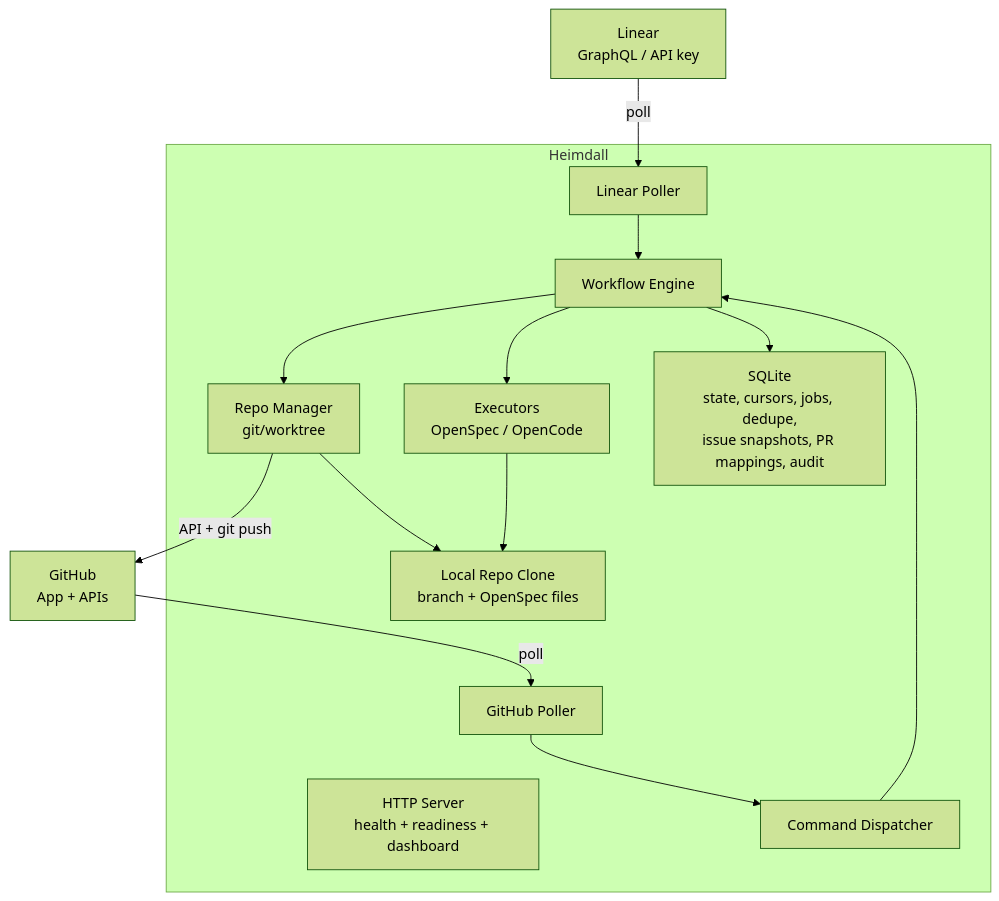
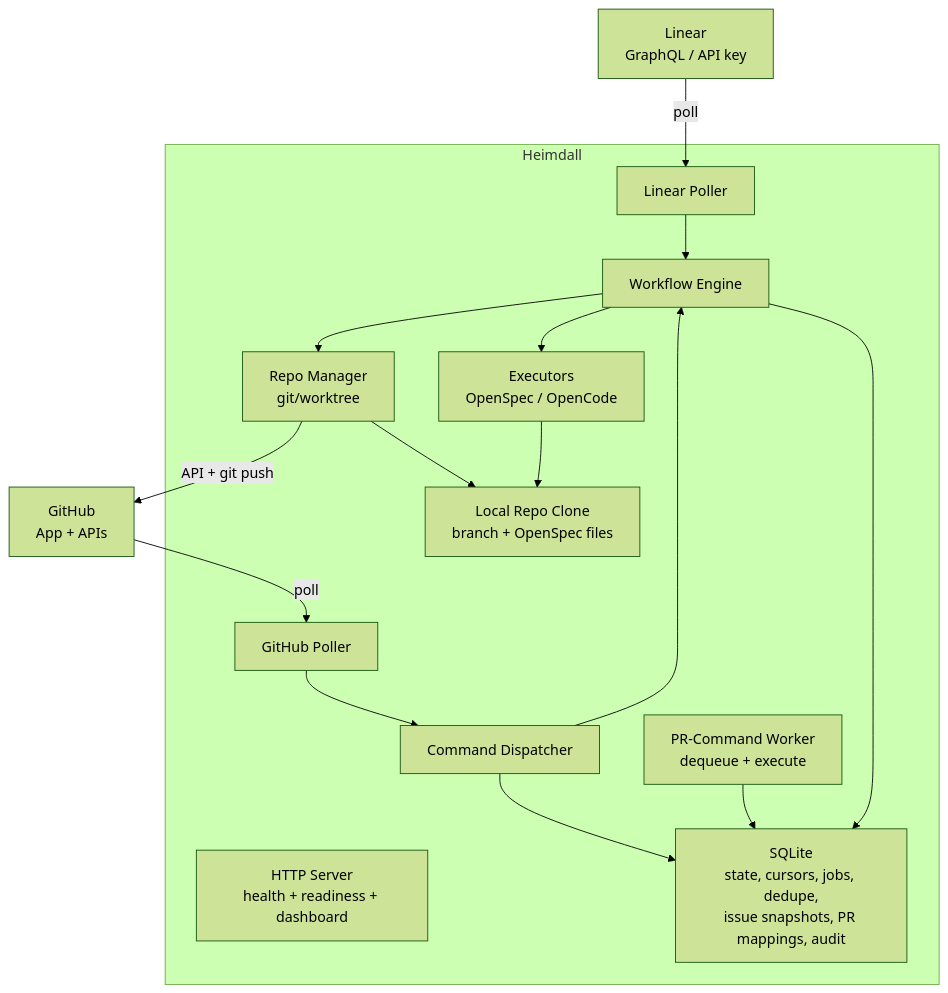
One commit to mngeow/heimdall changed the first of 3 diagrams in docs/architecture.md. Above: the diagram before and after it, drawn with Mermaid (forest theme). The commit also changed other lines of this file and 30 other files, not shown here.

````diff
--- a/docs/architecture.md
+++ b/docs/architecture.md
@@ -13,27 +14,30 @@
 ```mermaid
 flowchart TB
     Linear["Linear<br/>GraphQL / API key"] -->|poll| Poller
     GitHub["GitHub<br/>App + APIs"] -->|poll| GitHubPoller
 
     subgraph Heimdall["Heimdall"]
         Poller["Linear Poller"]
         GitHubPoller["GitHub Poller"]
+        PRCommandWorker["PR-Command Worker<br/>dequeue + execute"]
         HTTPServer["HTTP Server<br/>health + readiness + dashboard"]
         CommandDispatcher["Command Dispatcher"]
         WorkflowEngine["Workflow Engine"]
         RepoManager["Repo Manager<br/>git/worktree"]
         Executors["Executors<br/>OpenSpec / OpenCode"]
         LocalRepo["Local Repo Clone<br/>branch + OpenSpec files"]
         SQLite["SQLite<br/>state, cursors, jobs, dedupe,<br/>issue snapshots, PR mappings, audit"]
 
         Poller --> WorkflowEngine
         GitHubPoller --> CommandDispatcher --> WorkflowEngine
+        CommandDispatcher --> SQLite
+        PRCommandWorker --> SQLite
         WorkflowEngine --> RepoManager
         WorkflowEngine --> Executors
         WorkflowEngine --> SQLite
         RepoManager --> LocalRepo
         Executors --> LocalRepo
     end
 
     RepoManager -->|API + git push| GitHub
 ```
````
